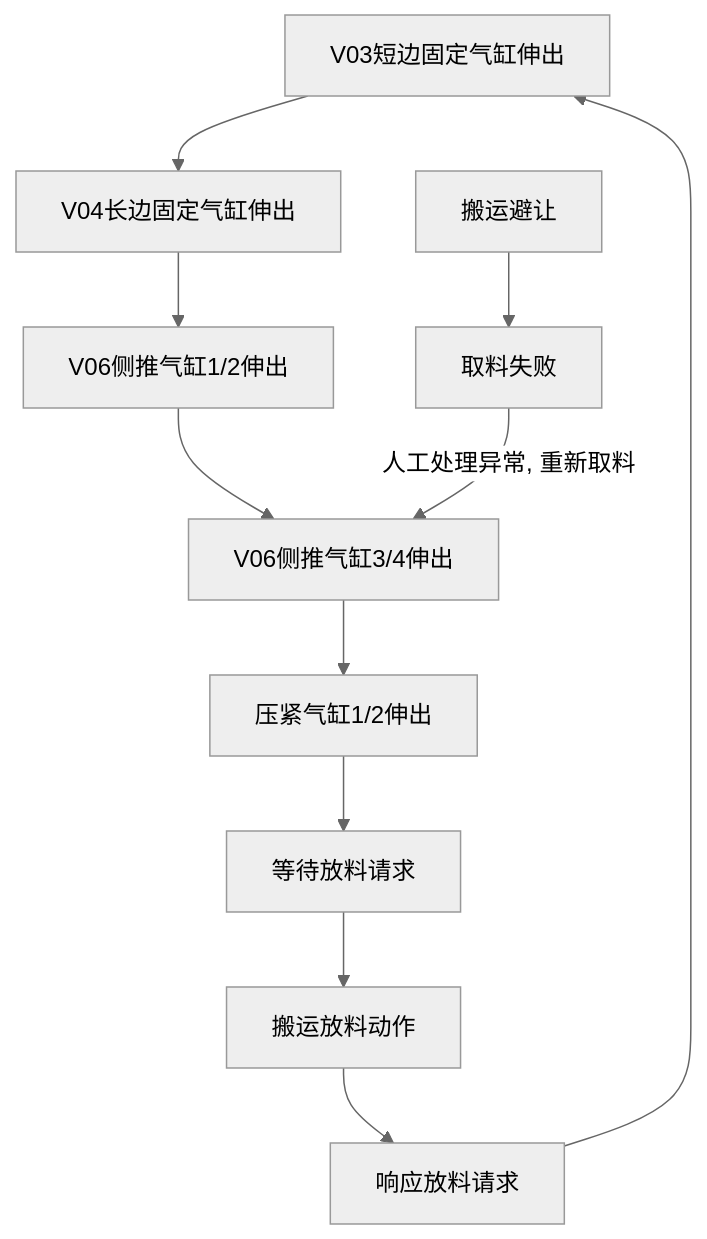
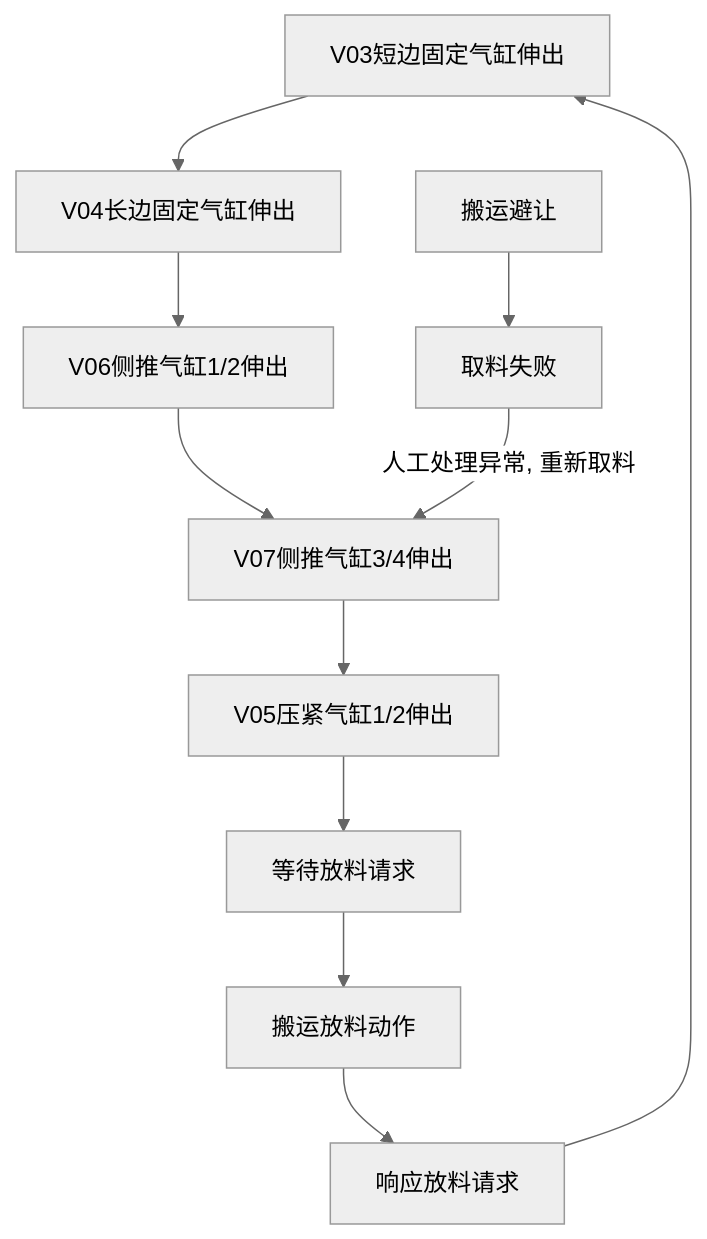
The diagram in all/OP10气缸固定流程.md (PengKun1/iodraw-files), drawn with Mermaid (neutral theme) before and after one commit.

Commit message:
2024-08-05 13:51:11 update

````diff
--- a/all/OP10气缸固定流程.md
+++ b/all/OP10气缸固定流程.md
@@ -1,16 +1,16 @@
 ```mermaid
 graph TD
 10[V03短边固定气缸伸出]-->20
 20[V04长边固定气缸伸出]-->30
 30[V06侧推气缸1/2伸出]-->40
-40[V06侧推气缸3/4伸出]-->50
-50[压紧气缸1/2伸出]-->60
+40[V07侧推气缸3/4伸出]-->50
+50[V05压紧气缸1/2伸出]-->60
 60[等待放料请求]-->70
 70[搬运放料动作]-->80
 80[响应放料请求]-->10
 
 90[搬运避让]-->900
 
 900[取料失败]-->|人工处理异常, 重新取料|40
   
 ```
````
